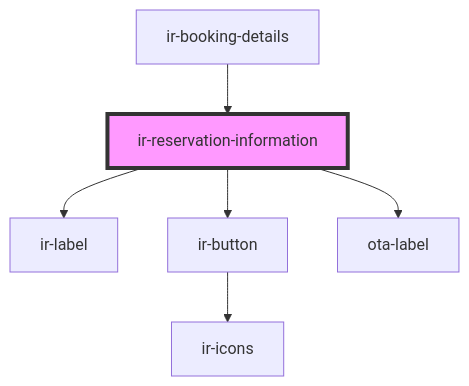
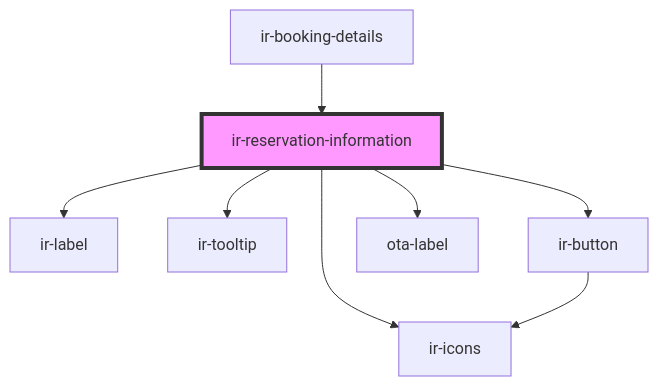
One commit to David1Chowaifaty/modified-ir-webcmp changed the diagram in src/components/ir-booking-details/ir-reservation-information/readme.md. Above: the diagram before and after it, drawn with Mermaid. The commit also changed other lines of this file and 24 other files, not shown here.

````diff
--- a/src/components/ir-booking-details/ir-reservation-information/readme.md
+++ b/src/components/ir-booking-details/ir-reservation-information/readme.md
@@ -36,9 +38,11 @@
 ```mermaid
 graph TD;
   ir-reservation-information --> ir-label
+  ir-reservation-information --> ir-tooltip
+  ir-reservation-information --> ir-icons
   ir-reservation-information --> ir-button
   ir-reservation-information --> ota-label
   ir-button --> ir-icons
   ir-booking-details --> ir-reservation-information
   style ir-reservation-information fill:#f9f,stroke:#333,stroke-width:4px
 ```
````
